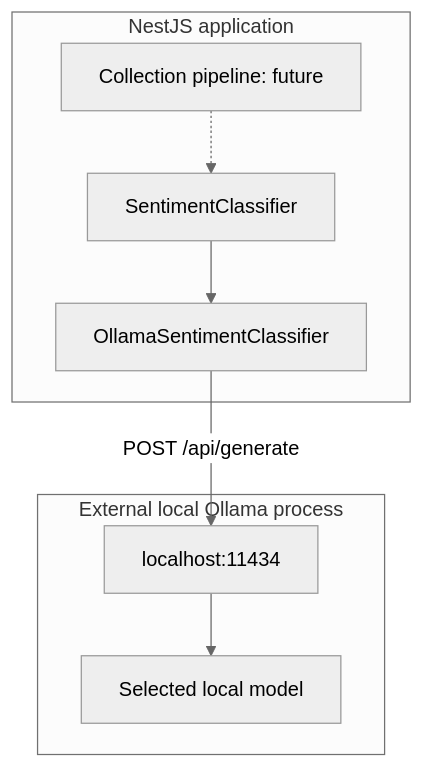
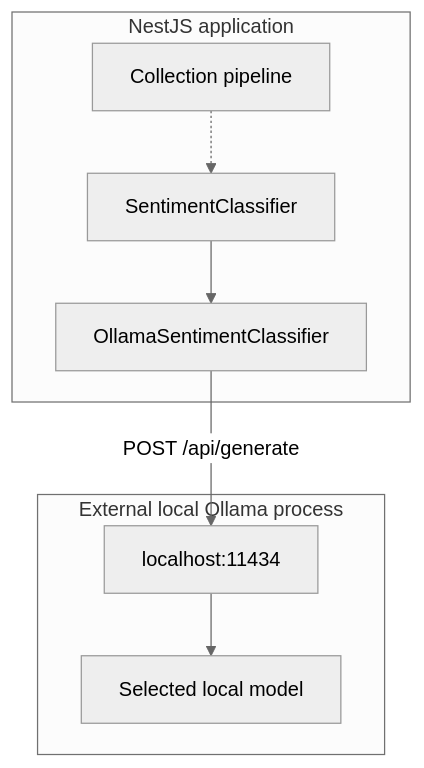
The third of 3 diagrams in docs/ARCHITECTURE.md (HenFaibishProjects/ourcrowd-press-monitor), drawn with Mermaid (neutral theme) before and after one commit. The commit also changed other lines of this file and 41 other files, not shown here.

````diff
--- a/docs/ARCHITECTURE.md
+++ b/docs/ARCHITECTURE.md
@@ -137,11 +154,11 @@
 ```mermaid
 flowchart TD
     subgraph App[NestJS application]
-        Collection[Collection pipeline: future] -.-> Contract[SentimentClassifier]
+        Collection[Collection pipeline] -.-> Contract[SentimentClassifier]
         Contract --> Adapter[OllamaSentimentClassifier]
     end
     subgraph Local[External local Ollama process]
         Endpoint[localhost:11434] --> Model[Selected local model]
     end
     Adapter -->|POST /api/generate| Endpoint
 ```
````
